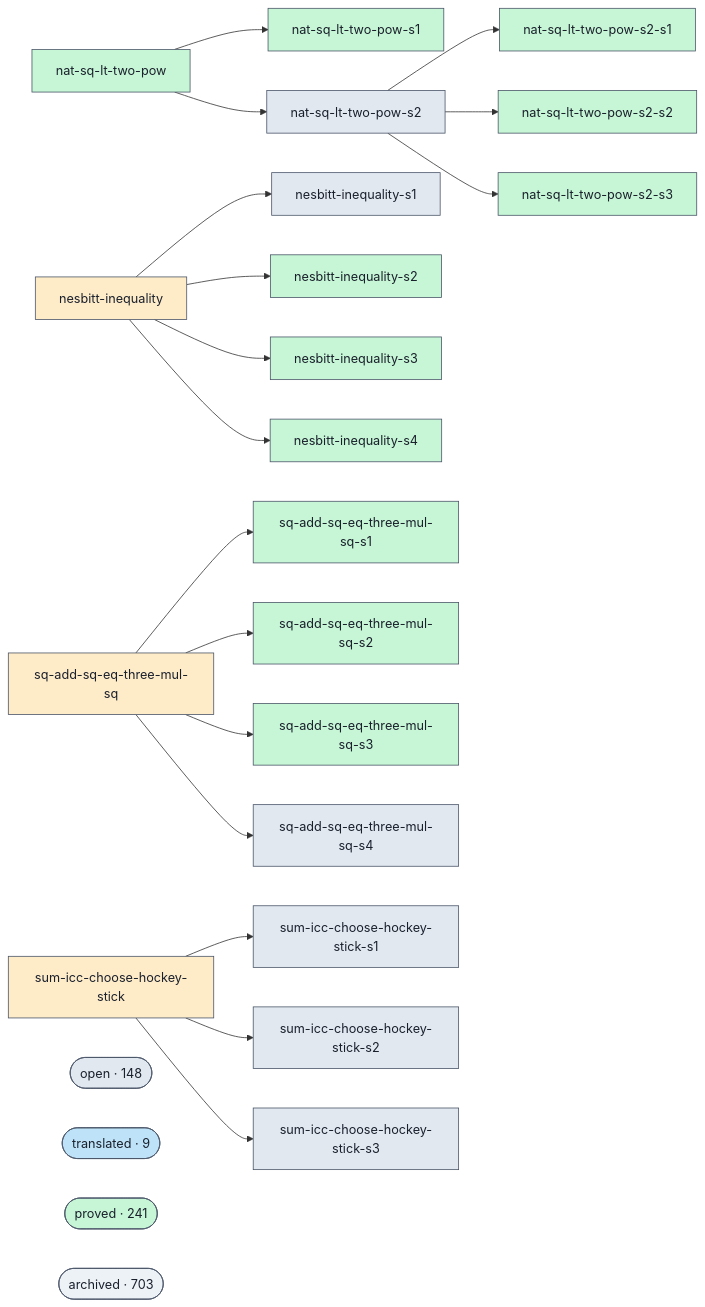
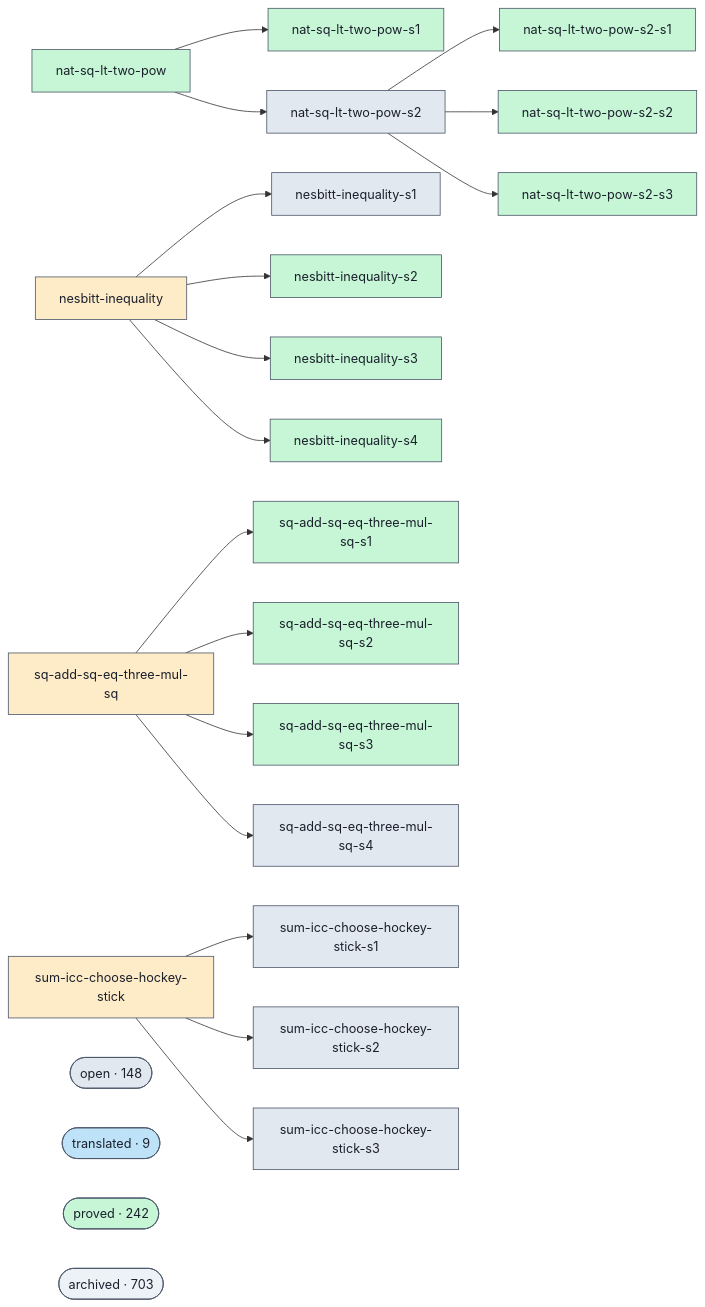
One commit to ohdearquant/unsorry changed the diagram in docs/proofs-contributors-visualisation.md. Above: the diagram before and after it, drawn with Mermaid. The commit also changed other lines of this file and 2 other files, not shown here.

```diff
--- a/docs/proofs-contributors-visualisation.md
+++ b/docs/proofs-contributors-visualisation.md
@@ -102,7 +102,7 @@
   class cluster_open open;
   cluster_translated(["translated · 9"])
   class cluster_translated translated;
-  cluster_proved(["proved · 241"])
+  cluster_proved(["proved · 242"])
   class cluster_proved proved;
   cluster_archived(["archived · 703"])
   class cluster_archived unknown;
```
